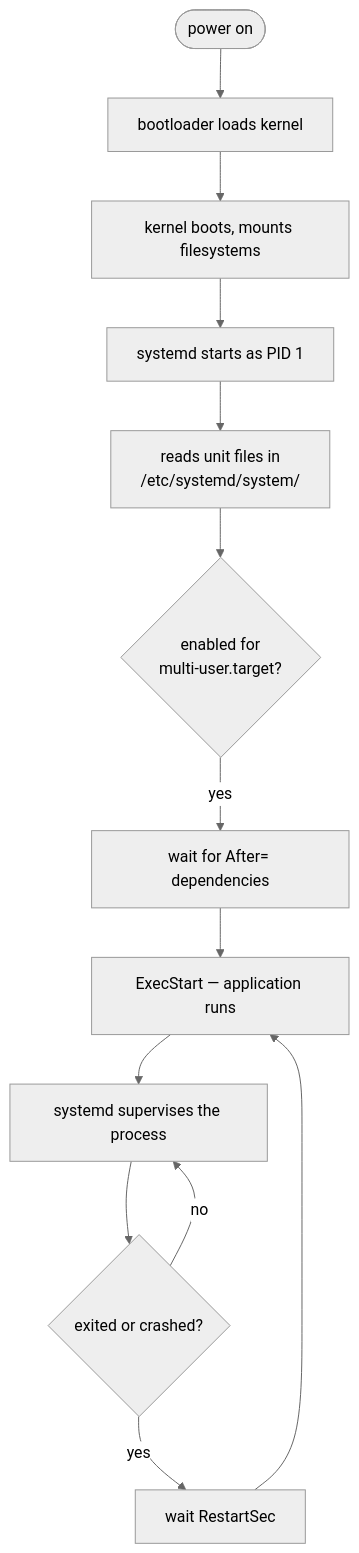
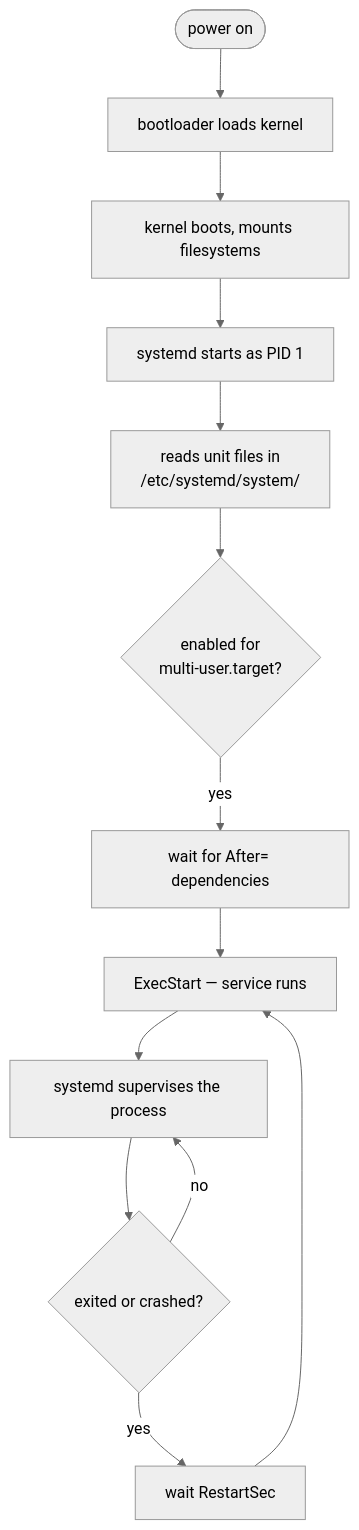
One commit to chetanjogi/edge-device changed the tenth of 16 diagrams in README.md. Above: the diagram before and after it, drawn with Mermaid (neutral theme). The commit also changed other lines of this file, not shown here.

Commit message:
Document control API architecture and service/client split

````diff
--- a/README.md
+++ b/README.md
@@ -518,15 +547,15 @@
 ```mermaid
 flowchart TD
     PWR([power on]) --> BL[bootloader loads kernel]
     BL --> K[kernel boots, mounts filesystems]
     K --> SD[systemd starts as PID 1]
     SD --> READ[reads unit files in<br/>/etc/systemd/system/]
     READ --> WANT{enabled for<br/>multi-user.target?}
     WANT -- yes --> DEP[wait for After= dependencies]
-    DEP --> EXEC[ExecStart — application runs]
+    DEP --> EXEC[ExecStart — service runs]
     EXEC --> WATCH[systemd supervises the process]
     WATCH --> DIED{exited or crashed?}
     DIED -- yes --> WAIT[wait RestartSec]
     WAIT --> EXEC
     DIED -- no --> WATCH
 ```
````
